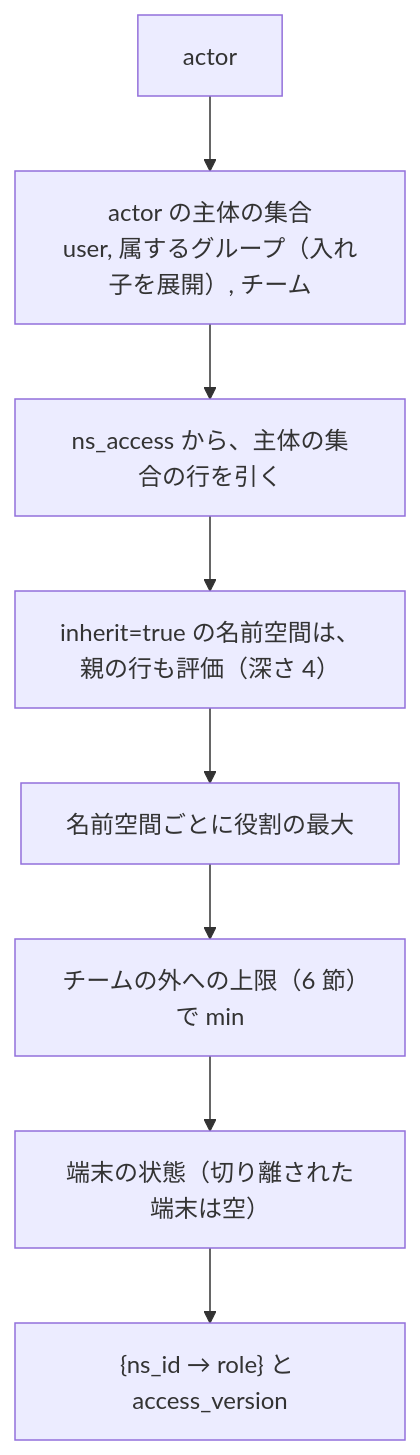
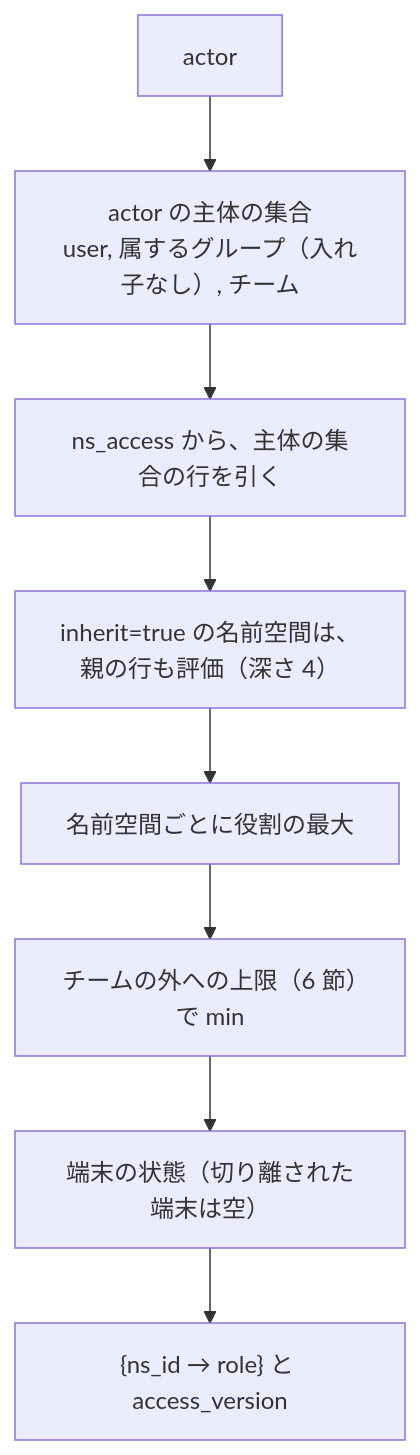
One commit to shoito/rebuilds changed the second of 3 diagrams in systems/dropbox/docs/architecture/namespaces-and-sharing.md. Above: the diagram before and after it, drawn with Mermaid. The commit also changed other lines of this file and 22 other files, not shown here.

Commit message:
Dropbox: complete data model with ER diagrams; note D-20..D-22 in ADR-0004

````diff
--- a/systems/dropbox/docs/architecture/namespaces-and-sharing.md
+++ b/systems/dropbox/docs/architecture/namespaces-and-sharing.md
@@ -128,10 +128,10 @@
 ```mermaid
 flowchart TD
-  A["actor"] --> G["actor の主体の集合<br/>user, 属するグループ（入れ子を展開）, チーム"]
+  A["actor"] --> G["actor の主体の集合<br/>user, 属するグループ（入れ子なし）, チーム"]
   G --> Q["ns_access から、主体の集合の行を引く"]
   Q --> I["inherit=true の名前空間は、親の行も評価（深さ 4）"]
   I --> M["名前空間ごとに役割の最大"]
   M --> P["チームの外への上限（6 節）で min"]
   P --> D["端末の状態（切り離された端末は空）"]
   D --> R["{ns_id → role} と access_version"]
 ```
````
